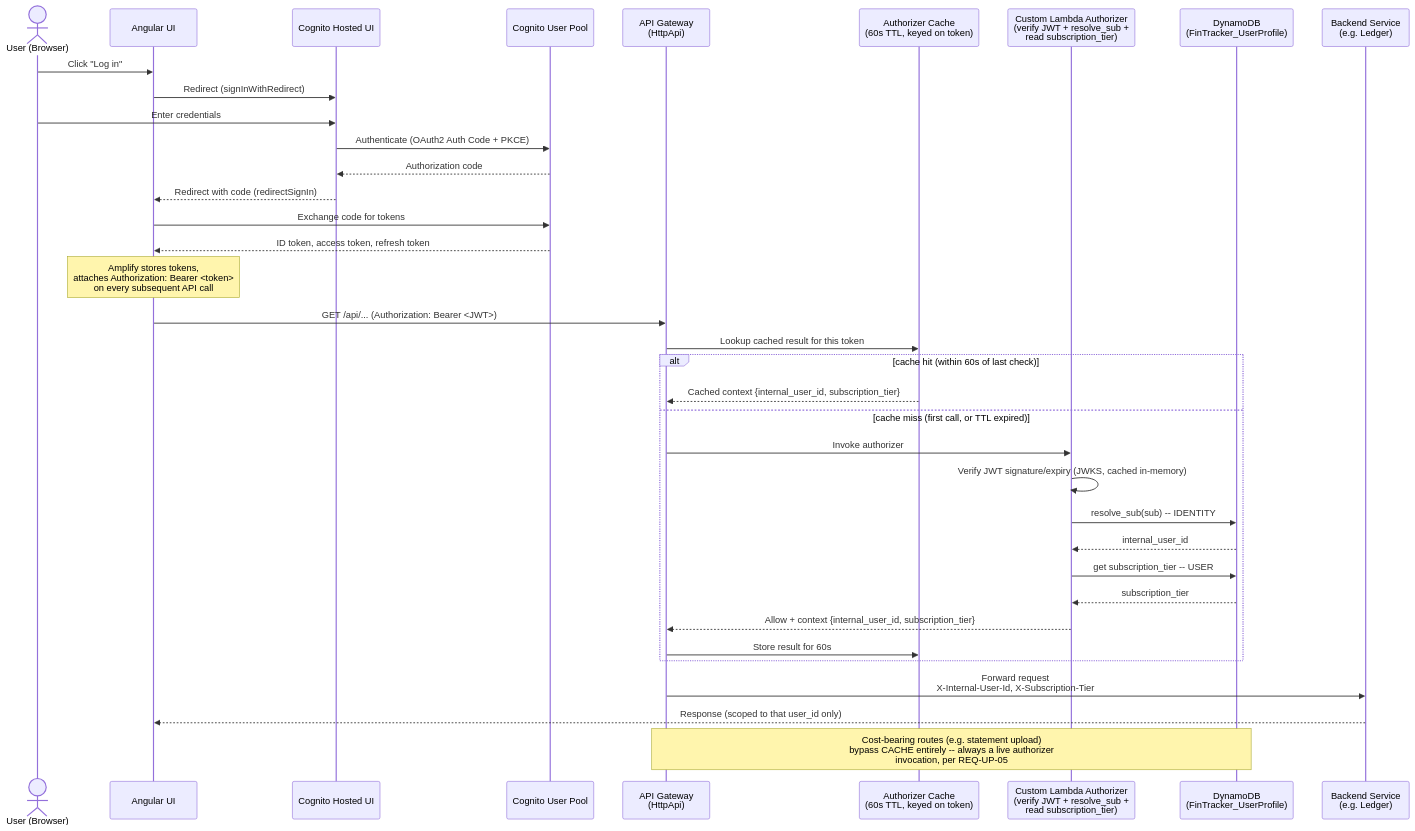
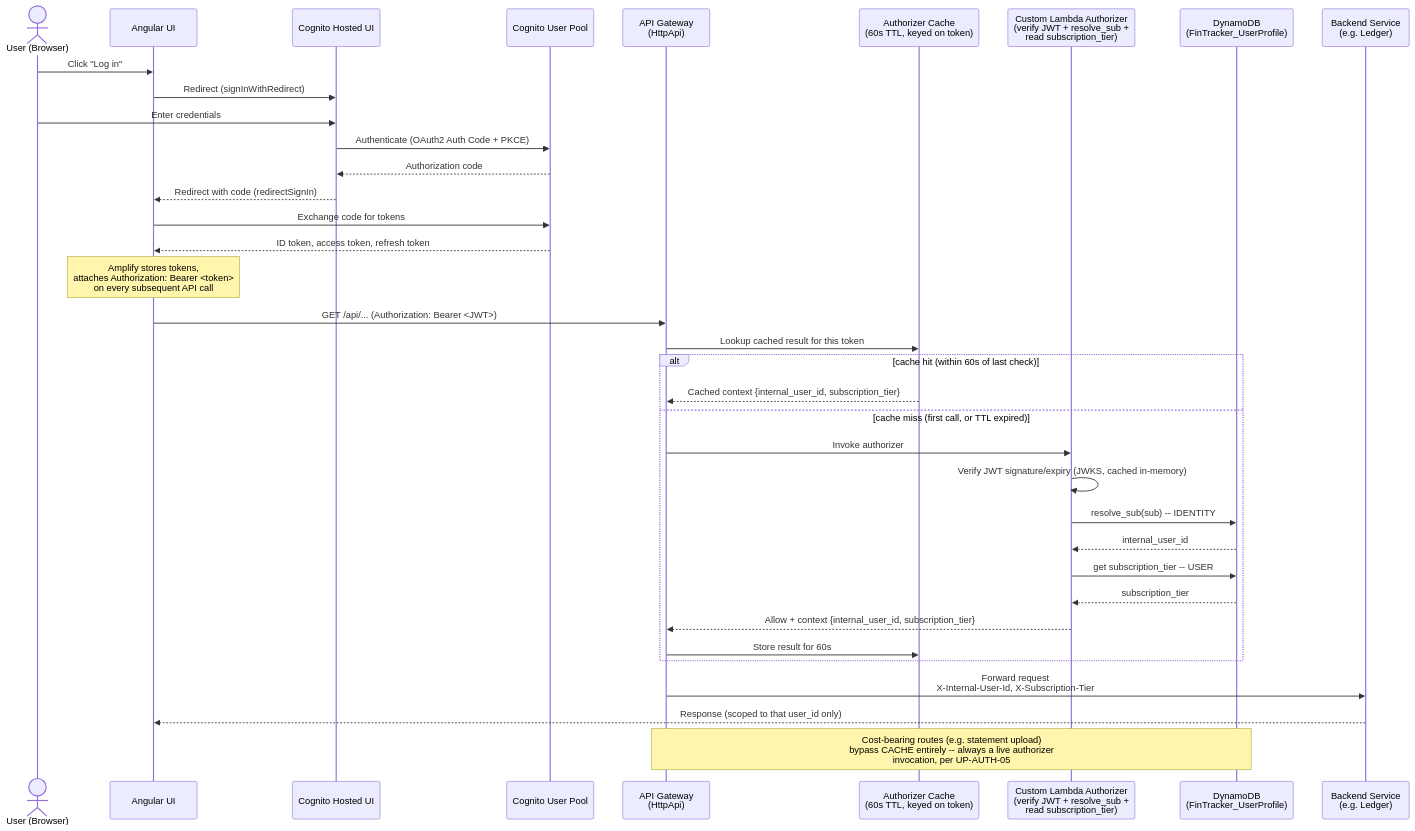
One commit to vanKvo/fintracker changed the second of 2 diagrams in docs/fintracker-user-profile-doc/registration_and_login_flow.md. Above: the diagram before and after it, drawn with Mermaid. The commit also changed other lines of this file and 73 other files, not shown here.

````diff
--- a/docs/fintracker-user-profile-doc/registration_and_login_flow.md
+++ b/docs/fintracker-user-profile-doc/registration_and_login_flow.md
@@ -95,43 +95,43 @@
 ```mermaid
 sequenceDiagram
     actor U as User (Browser)
     participant UI as Angular UI
     participant CHU as Cognito Hosted UI
     participant CUP as Cognito User Pool
     participant AGW as API Gateway<br/>(HttpApi)
     participant CACHE as Authorizer Cache<br/>(60s TTL, keyed on token)
     participant AUTH as Custom Lambda Authorizer<br/>(verify JWT + resolve_sub +<br/>read subscription_tier)
     participant DDB as DynamoDB<br/>(FinTracker_UserProfile)
     participant BE as Backend Service<br/>(e.g. Ledger)
 
     U->>UI: Click "Log in"
     UI->>CHU: Redirect (signInWithRedirect)
     U->>CHU: Enter credentials
     CHU->>CUP: Authenticate (OAuth2 Auth Code + PKCE)
     CUP-->>CHU: Authorization code
     CHU-->>UI: Redirect with code (redirectSignIn)
     UI->>CUP: Exchange code for tokens
     CUP-->>UI: ID token, access token, refresh token
     Note over UI: Amplify stores tokens,<br/>attaches Authorization: Bearer <token><br/>on every subsequent API call
 
     UI->>AGW: GET /api/... (Authorization: Bearer <JWT>)
     AGW->>CACHE: Lookup cached result for this token
 
     alt cache hit (within 60s of last check)
         CACHE-->>AGW: Cached context {internal_user_id, subscription_tier}
     else cache miss (first call, or TTL expired)
         AGW->>AUTH: Invoke authorizer
         AUTH->>AUTH: Verify JWT signature/expiry (JWKS, cached in-memory)
         AUTH->>DDB: resolve_sub(sub) -- IDENTITY#sub -> internal_user_id
         DDB-->>AUTH: internal_user_id
         AUTH->>DDB: get subscription_tier -- USER#id -> PROFILE
         DDB-->>AUTH: subscription_tier
         AUTH-->>AGW: Allow + context {internal_user_id, subscription_tier}
         AGW->>CACHE: Store result for 60s
     end
 
     AGW->>BE: Forward request<br/>X-Internal-User-Id, X-Subscription-Tier
     BE-->>UI: Response (scoped to that user_id only)
 
-    Note over AGW,DDB: Cost-bearing routes (e.g. statement upload)<br/>bypass CACHE entirely -- always a live authorizer<br/>invocation, per REQ-UP-05
+    Note over AGW,DDB: Cost-bearing routes (e.g. statement upload)<br/>bypass CACHE entirely -- always a live authorizer<br/>invocation, per UP-AUTH-05
 ```
````
